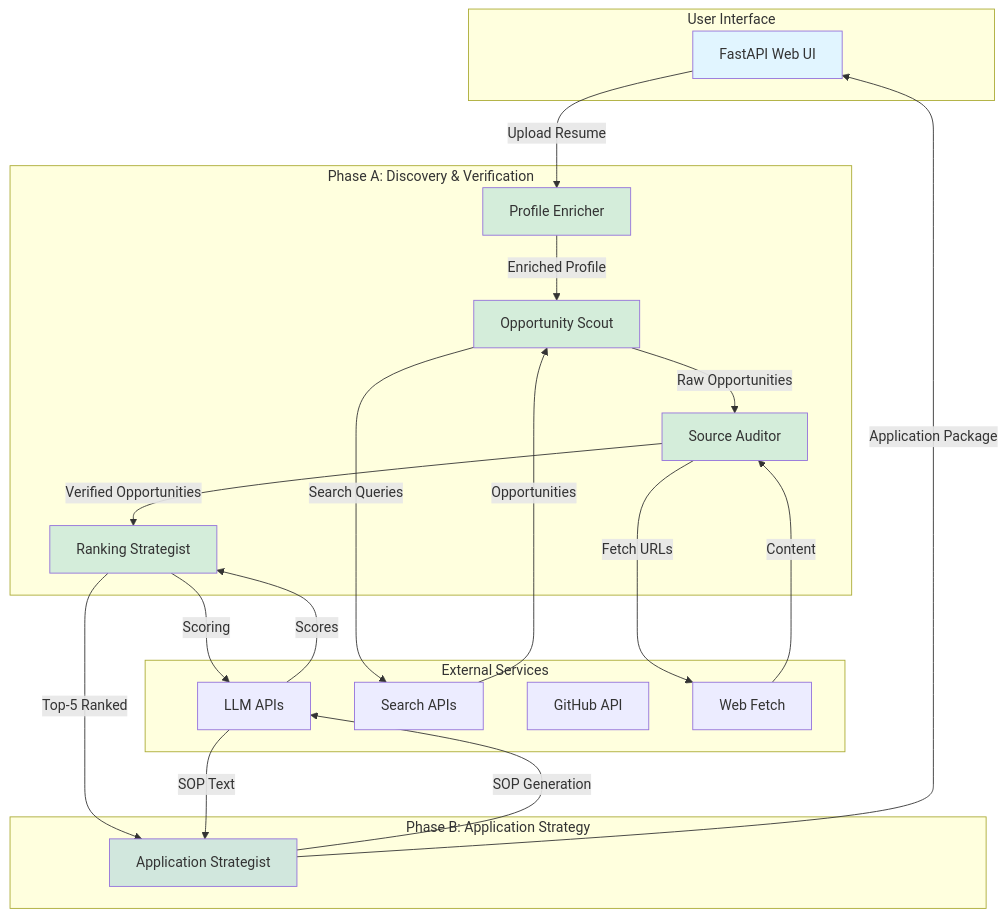
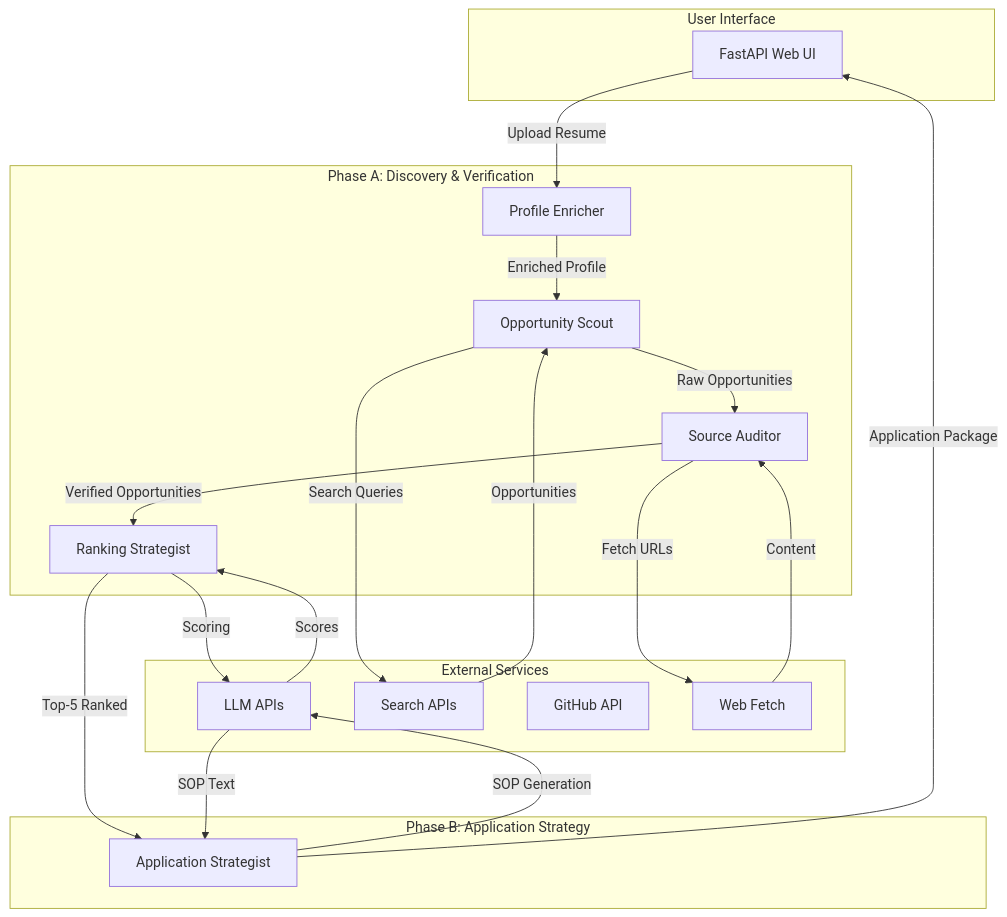
The diagram in README.md (Emperor-4037/ScholarLift), drawn with Mermaid before and after one commit. The commit also changed 1 other file, not shown here.

Commit message:
Remove fill colors from mermaid diagrams for better GitHub visibility
- Removed all style fill colors from ARCHITECTURE.md diagrams
- Removed all style fill colors from README.md diagram
- Diagrams now use default styling which is more visible on GitHub
- Maintains clear structure without color conflicts with GitHub's dark/light themes

Generated with [Devin](https://devin.ai)

````diff
--- a/README.md
+++ b/README.md
@@ -31,46 +31,39 @@
 ```mermaid
 graph TB
     subgraph "User Interface"
         UI[FastAPI Web UI]
     end
 
     subgraph "Phase A: Discovery & Verification"
         A1[Profile Enricher]
         A2[Opportunity Scout]
         A3[Source Auditor]
         A4[Ranking Strategist]
     end
 
     subgraph "Phase B: Application Strategy"
         A5[Application Strategist]
     end
 
     subgraph "External Services"
         LLM[LLM APIs]
         SEARCH[Search APIs]
         GITHUB[GitHub API]
         WEB[Web Fetch]
     end
 
     UI -->|Upload Resume| A1
     A1 -->|Enriched Profile| A2
     A2 -->|Search Queries| SEARCH
     SEARCH -->|Opportunities| A2
     A2 -->|Raw Opportunities| A3
     A3 -->|Fetch URLs| WEB
     WEB -->|Content| A3
     A3 -->|Verified Opportunities| A4
     A4 -->|Scoring| LLM
     LLM -->|Scores| A4
     A4 -->|Top-5 Ranked| A5
     A5 -->|SOP Generation| LLM
     LLM -->|SOP Text| A5
     A5 -->|Application Package| UI
-
-    style UI fill:#e1f5ff
-    style A1 fill:#d4edda
-    style A2 fill:#d4edda
-    style A3 fill:#d4edda
-    style A4 fill:#d4edda
-    style A5 fill:#d1e7dd
 ```
````
